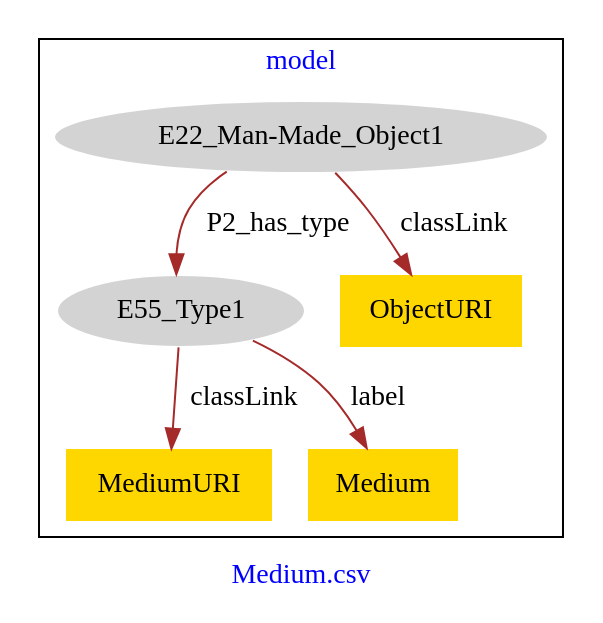
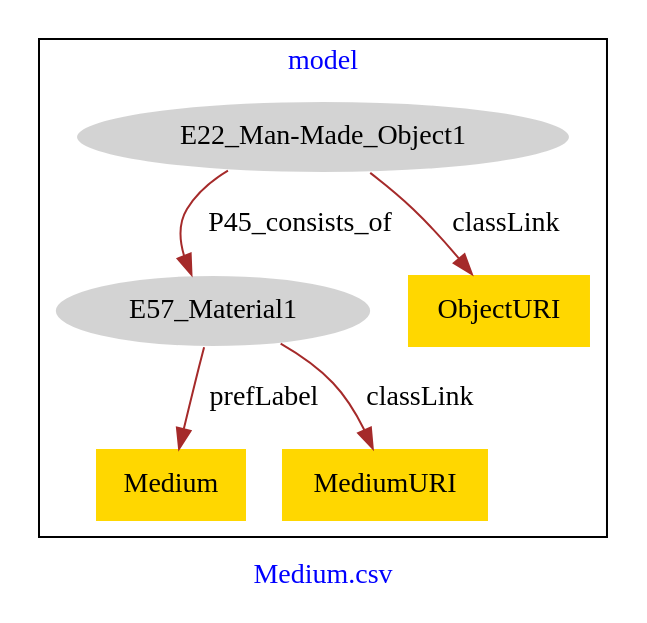
The diagram in Medium/Medium-model.dot (american-art/GM), drawn with Graphviz before and after one commit.

Commit message:
Update file Medium-model.dot

```diff
--- a/Medium/Medium-model.dot
+++ b/Medium/Medium-model.dot
@@ -1,17 +1,17 @@
 digraph n0 {
 fontcolor="blue"
 remincross="true"
 label="Medium.csv"
 subgraph cluster {
 label="model"
 n2[style="filled",color="white",fillcolor="lightgray",label="E22_Man-Made_Object1"];
-n3[style="filled",color="white",fillcolor="lightgray",label="E55_Type1"];
-n4[shape="plaintext",style="filled",fillcolor="gold",label="MediumURI"];
-n5[shape="plaintext",style="filled",fillcolor="gold",label="Medium"];
+n3[style="filled",color="white",fillcolor="lightgray",label="E57_Material1"];
+n4[shape="plaintext",style="filled",fillcolor="gold",label="Medium"];
+n5[shape="plaintext",style="filled",fillcolor="gold",label="MediumURI"];
 n6[shape="plaintext",style="filled",fillcolor="gold",label="ObjectURI"];
 }
-n2 -> n3[color="brown",fontcolor="black",label="P2_has_type"]
-n3 -> n4[color="brown",fontcolor="black",label="classLink"]
-n3 -> n5[color="brown",fontcolor="black",label="label"]
+n2 -> n3[color="brown",fontcolor="black",label="P45_consists_of"]
+n3 -> n4[color="brown",fontcolor="black",label="prefLabel"]
+n3 -> n5[color="brown",fontcolor="black",label="classLink"]
 n2 -> n6[color="brown",fontcolor="black",label="classLink"]
 }
```
